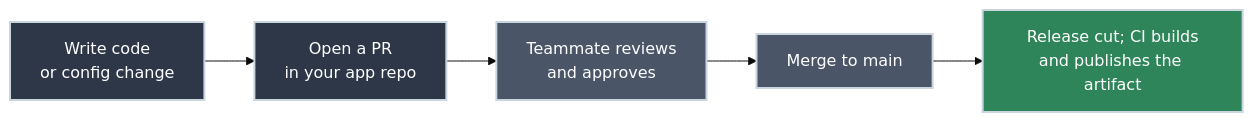
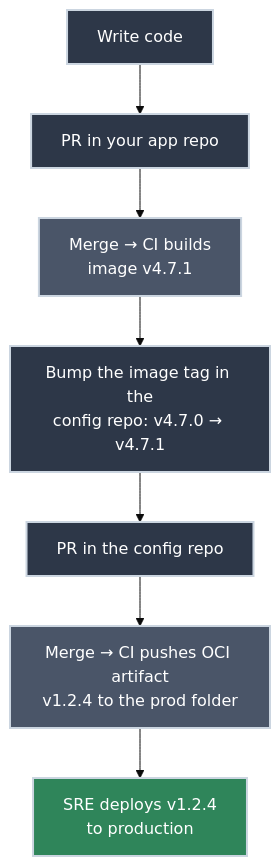
One commit to bradpenney/exploring_gitops changed the third of 3 diagrams in docs/day_one/your_flux_workflow.md. Above: the diagram before and after it, drawn with Mermaid (base theme). The commit also changed other lines of this file and 9 other files, not shown here.

````diff
--- a/docs/day_one/your_flux_workflow.md
+++ b/docs/day_one/your_flux_workflow.md
@@ -129,16 +129,20 @@
 ```mermaid
-flowchart LR
-    Write["Write code<br/>or config change"]
-    PR["Open a PR<br/>in your app repo"]
-    Review["Teammate reviews<br/>and approves"]
-    Merge["Merge to main"]
-    Done["Release cut; CI builds<br/>and publishes the artifact"]
+flowchart TD
+    Write["Write code"]
+    PRa["PR in your app repo"]
+    Mergea["Merge → CI builds<br/>image v4.7.1"]
+    Edit["Bump the image tag in the<br/>config repo: v4.7.0 → v4.7.1"]
+    PRc["PR in the config repo"]
+    Mergec["Merge → CI pushes OCI artifact<br/>v1.2.4 to the prod folder"]
+    Deploy["SRE deploys v1.2.4<br/>to production"]
 
-    Write --> PR --> Review --> Merge --> Done
+    Write --> PRa --> Mergea --> Edit --> PRc --> Mergec --> Deploy
 
     style Write fill:#2d3748,stroke:#cbd5e0,stroke-width:2px,color:#fff
-    style PR fill:#2d3748,stroke:#cbd5e0,stroke-width:2px,color:#fff
-    style Review fill:#4a5568,stroke:#cbd5e0,stroke-width:2px,color:#fff
-    style Merge fill:#4a5568,stroke:#cbd5e0,stroke-width:2px,color:#fff
-    style Done fill:#2f855a,stroke:#cbd5e0,stroke-width:2px,color:#fff
+    style PRa fill:#2d3748,stroke:#cbd5e0,stroke-width:2px,color:#fff
+    style Mergea fill:#4a5568,stroke:#cbd5e0,stroke-width:2px,color:#fff
+    style Edit fill:#2d3748,stroke:#cbd5e0,stroke-width:2px,color:#fff
+    style PRc fill:#2d3748,stroke:#cbd5e0,stroke-width:2px,color:#fff
+    style Mergec fill:#4a5568,stroke:#cbd5e0,stroke-width:2px,color:#fff
+    style Deploy fill:#2f855a,stroke:#cbd5e0,stroke-width:2px,color:#fff
 ```
````
